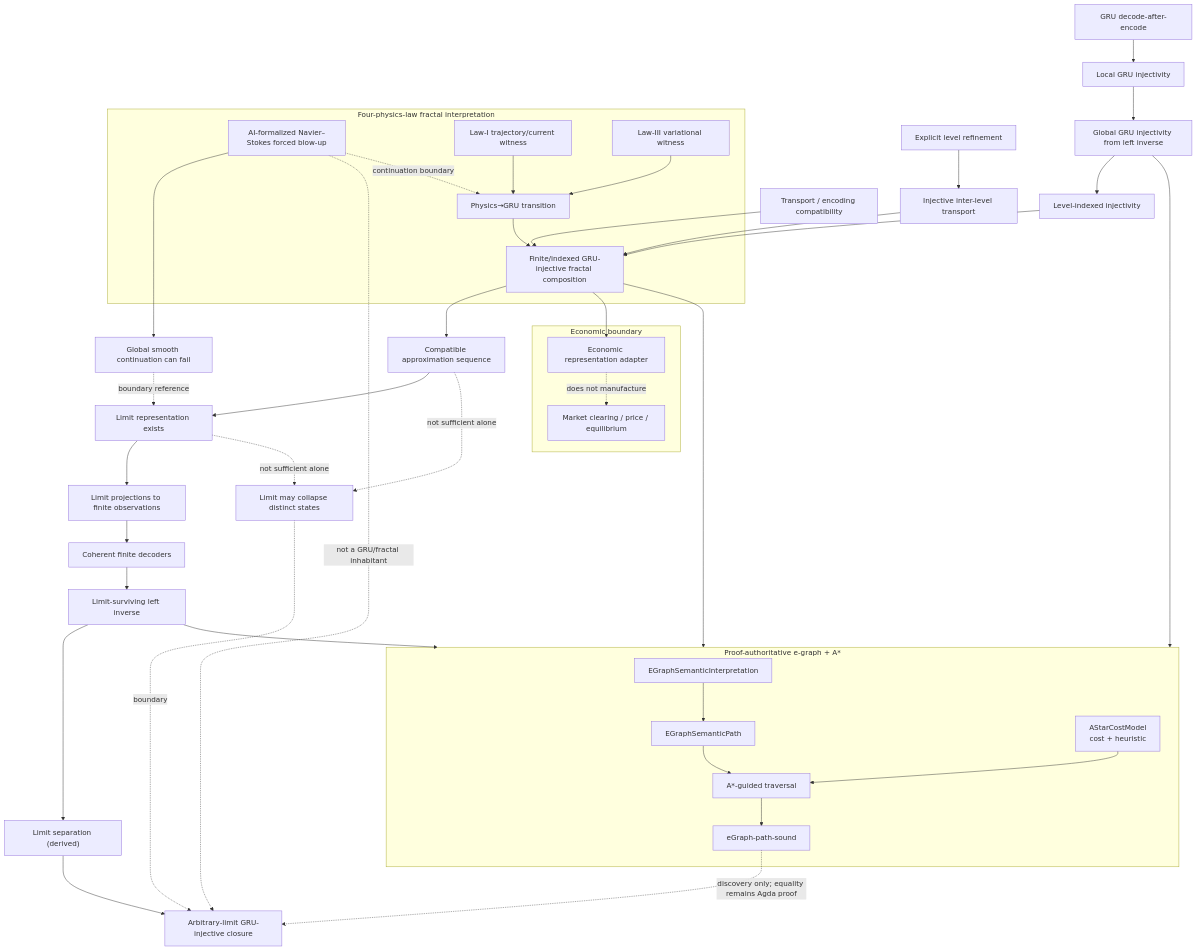
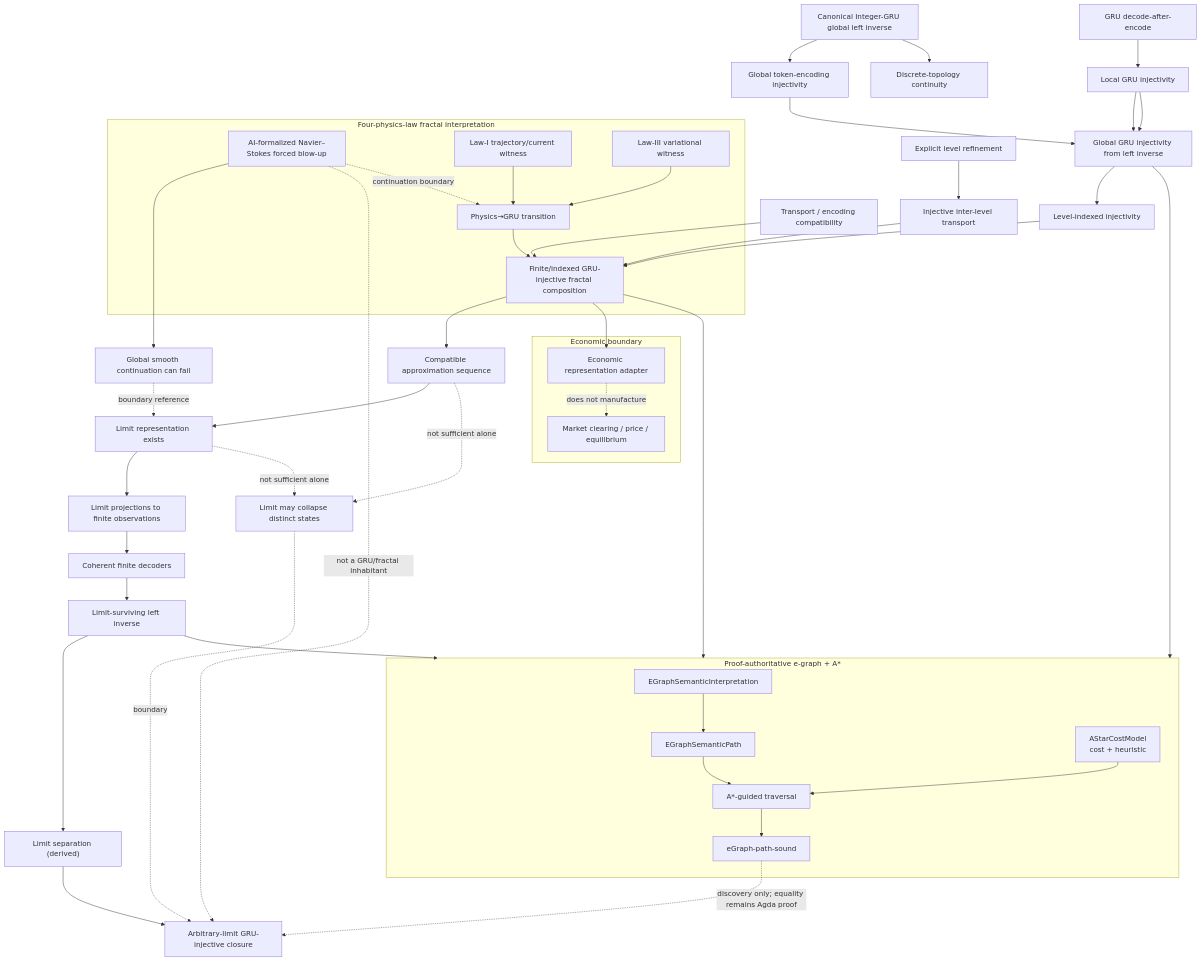
One commit to JohnChristianD/Actions changed the diagram in .ci/discovery/gru-fractal-arbitrary-limit-closure-2026-09-26.mmd. Above: the diagram before and after it, drawn with Mermaid.

Commit message:
graph: connect Integer-GRU left inverse to fractal closure

```diff
--- a/.ci/discovery/gru-fractal-arbitrary-limit-closure-2026-09-26.mmd
+++ b/.ci/discovery/gru-fractal-arbitrary-limit-closure-2026-09-26.mmd
@@ -1,46 +1,50 @@
 flowchart TD
+  CIGRU["Canonical Integer-GRU global left inverse"] --> CIGI["Global token-encoding injectivity"]
+  CIGI --> GGI["Global GRU injectivity from left inverse"]
+  CIGRU --> CONTD["Discrete-topology continuity"]
   GI["GRU decode-after-encode"] --> LI["Local GRU injectivity"]
+  LI --> GGI
   LI --> GGI["Global GRU injectivity from left inverse"]
   GGI --> IDX["Level-indexed injectivity"]
   REF["Explicit level refinement"] --> TR["Injective inter-level transport"]
   IDX --> COMP["Finite/indexed GRU-injective fractal composition"]
   TR --> COMP
   COMPAT["Transport / encoding compatibility"] --> COMP
   COMP --> APP["Compatible approximation sequence"]
   APP --> LIM["Limit representation exists"]
   LIM --> PROJ["Limit projections to finite observations"]
   PROJ --> COH["Coherent finite decoders"]
   COH --> LINV["Limit-surviving left inverse"]
   LINV --> SEP["Limit separation (derived)"]
   SEP --> ALI["Arbitrary-limit GRU-injective closure"]
   APP -. "not sufficient alone" .-> BAD["Limit may collapse distinct states"]
   LIM -. "not sufficient alone" .-> BAD
   BAD -. "boundary" .-> ALI
 
   subgraph SEARCH["Proof-authoritative e-graph + A*"]
     EG["EGraphSemanticInterpretation"] --> PATH["EGraphSemanticPath"]
     COST["AStarCostModel<br/>cost + heuristic"] --> ASTAR["A*-guided traversal"]
     PATH --> ASTAR
     ASTAR --> SOUND["eGraph-path-sound"]
   end
 
   GGI --> SEARCH
   COMP --> SEARCH
   LINV --> SEARCH
   SOUND -. "discovery only; equality remains Agda proof" .-> ALI
 
   NS["AI-formalized Navier–Stokes forced blow-up"] --> CONT["Global smooth continuation can fail"]
   CONT -. "boundary reference" .-> LIM
   NS -. "not a GRU/fractal inhabitant" .-> ALI
 
   subgraph PHYS["Four-physics-law fractal interpretation"]
     L1["Law-I trajectory/current witness"] --> PGRU["Physics→GRU transition"]
     L3["Law-III variational witness"] --> PGRU
     PGRU --> COMP
     NS -. "continuation boundary" .-> PGRU
   end
 
   subgraph ECON["Economic boundary"]
     COMP --> EREP["Economic representation adapter"]
     EREP -. "does not manufacture" .-> EQ["Market clearing / price / equilibrium"]
   end
```
